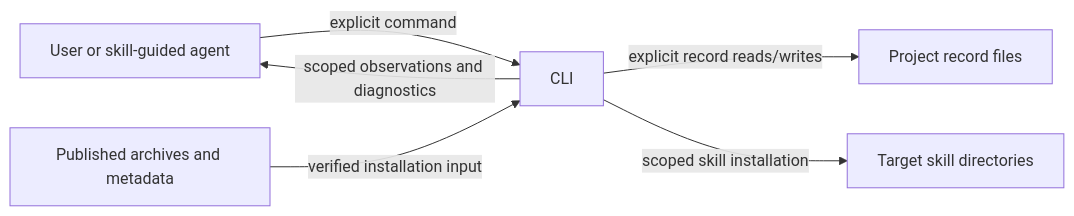
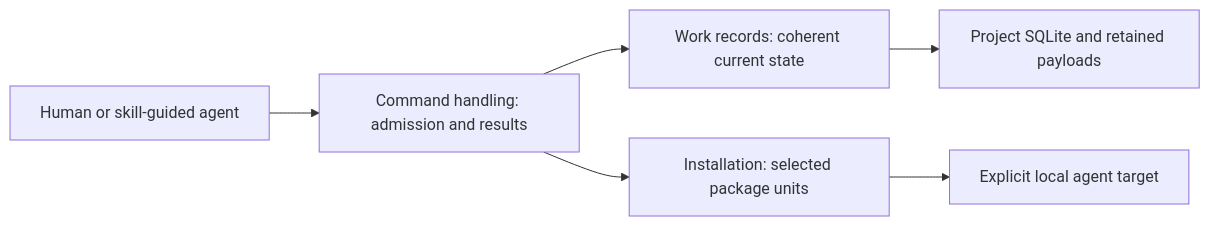
The first of 3 diagrams in docs/design/cli/cli.md (xiongxianfei/rigorloop), drawn with Mermaid before and after one commit. The commit also changed other lines of this file and 512 other files, not shown here.

Commit message:
Implement requirement-first workflow and local SQLite handoffs

````diff
--- a/docs/design/cli/cli.md
+++ b/docs/design/cli/cli.md
@@ -155,8 +9,8 @@
 ```mermaid
 flowchart LR
-    Actor["User or skill-guided agent"] -->|"explicit command"| CLI["CLI"]
-    CLI -->|"scoped observations and diagnostics"| Actor
-    CLI -->|"explicit record reads/writes"| Records["Project record files"]
-    Archives["Published archives and metadata"] -->|"verified installation input"| CLI
-    CLI -->|"scoped skill installation"| Targets["Target skill directories"]
+  Caller["Human or skill-guided agent"] --> Commands["Command handling: admission and results"]
+  Commands --> Records["Work records: coherent current state"]
+  Commands --> Installation["Installation: selected package units"]
+  Records --> SQLite["Project SQLite and retained payloads"]
+  Installation --> Target["Explicit local agent target"]
 ```
````
